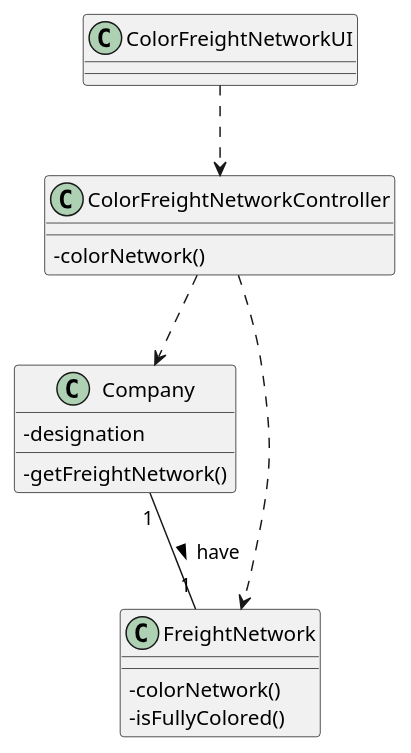
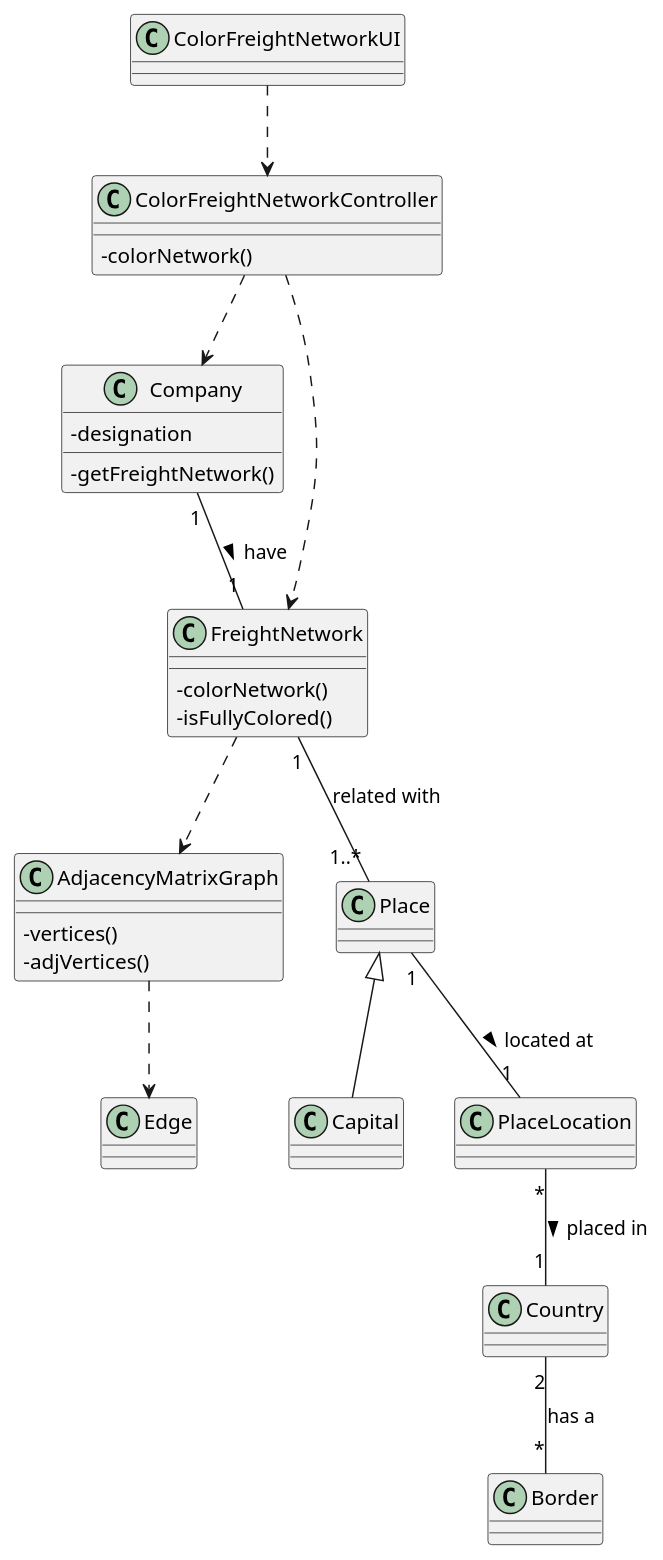
Before and after one commit to 0franciscor/lapr3-2021-g042: the diagram in docs/US302/US302_CD.puml, drawn with PlantUML. The commit also changed 3 other files, not shown here.

```diff
--- a/docs/US302/US302_CD.puml
+++ b/docs/US302/US302_CD.puml
@@ -1,34 +1,47 @@
 @startuml
 'https://plantuml.com/class-diagram
 
 skinparam classAttributeIconSize 0
 
 
 
 class ColorFreightNetworkUI {}
 
 class ColorFreightNetworkController {
 -colorNetwork()
 }
 
 class Company {
 -designation
 -getFreightNetwork()
 }
 
 class FreightNetwork {
 -colorNetwork()
 -isFullyColored()
 }
 
+class AdjacencyMatrixGraph {
+-vertices()
+-adjVertices()
+
+}
+
 
 
 ColorFreightNetworkUI ..> ColorFreightNetworkController
 
 ColorFreightNetworkController ..> Company
 ColorFreightNetworkController ..> FreightNetwork
 
 Company "1"--"1" FreightNetwork: have >
 
+FreightNetwork ..> AdjacencyMatrixGraph
+FreightNetwork "1" -- "1..*" Place : related with
+Place <|-- Capital
+Place "1" -- "1" PlaceLocation : located at >
+PlaceLocation "*" -- "1" Country : placed in >
+Country "2" -- "*" Border : has a
+AdjacencyMatrixGraph ..> Edge
 
 @enduml
```
